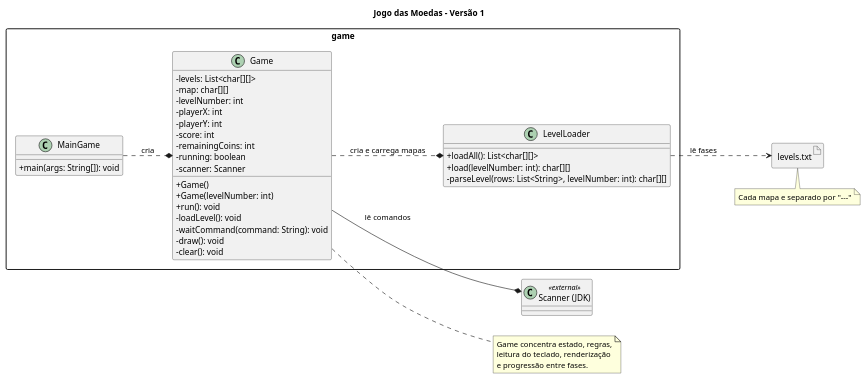
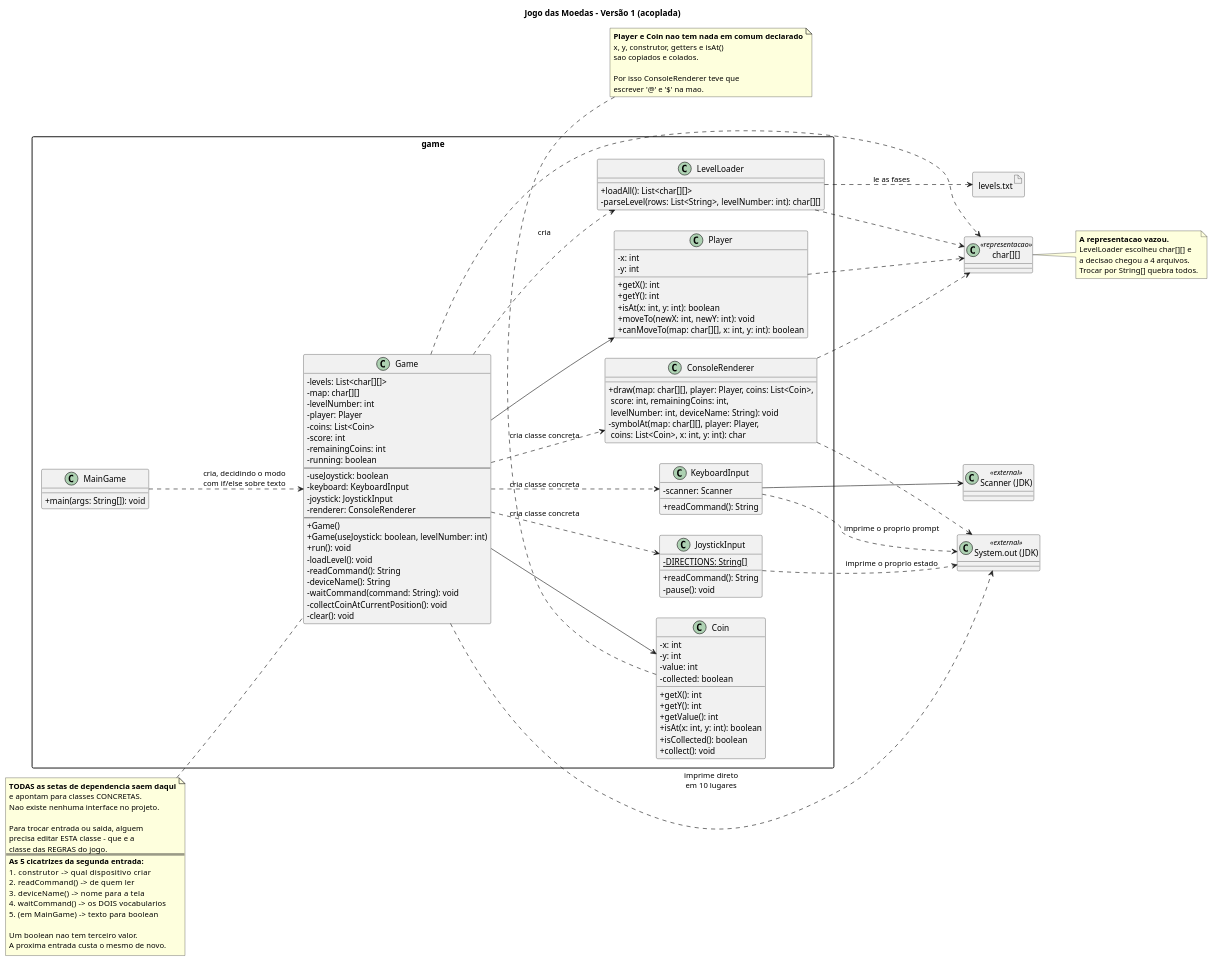
One commit to mateus-oliveira/jogo-das-moedas changed the diagram in jogo-das-moedas-v1/uml.puml. Above: the diagram before and after it, drawn with PlantUML. The commit also changed 13 other files, not shown here.

```diff
--- a/jogo-das-moedas-v1/uml.puml
+++ b/jogo-das-moedas-v1/uml.puml
@@ -1,58 +1,148 @@
 @startuml
 
 allowmixing
- title Jogo das Moedas - Versão 1
- left to right direction
- skinparam classAttributeIconSize 0
- skinparam packageStyle rectangle
+title Jogo das Moedas - Versão 1 (acoplada)
+left to right direction
+skinparam classAttributeIconSize 0
+skinparam packageStyle rectangle
 
- package "game" {
-   class MainGame {
-     +main(args: String[]): void
-   }
+package "game" {
 
-   class Game {
-     -levels: List<char[][]>
-     -map: char[][]
-     -levelNumber: int
-     -playerX: int
-     -playerY: int
-     -score: int
-     -remainingCoins: int
-     -running: boolean
-     -scanner: Scanner
-     +Game()
-     +Game(levelNumber: int)
-     +run(): void
-     -loadLevel(): void
-     -waitCommand(command: String): void
-     -draw(): void
-     -clear(): void
-   }
+  class MainGame {
+    +main(args: String[]): void
+  }
 
-   class LevelLoader {
-     +loadAll(): List<char[][]>
-     +load(levelNumber: int): char[][]
-     -parseLevel(rows: List<String>, levelNumber: int): char[][]
-   }
- }
+  class Game {
+    -levels: List<char[][]>
+    -map: char[][]
+    -levelNumber: int
+    -player: Player
+    -coins: List<Coin>
+    -score: int
+    -remainingCoins: int
+    -running: boolean
+    --
+    -useJoystick: boolean
+    -keyboard: KeyboardInput
+    -joystick: JoystickInput
+    -renderer: ConsoleRenderer
+    --
+    +Game()
+    +Game(useJoystick: boolean, levelNumber: int)
+    +run(): void
+    -loadLevel(): void
+    -readCommand(): String
+    -deviceName(): String
+    -waitCommand(command: String): void
+    -collectCoinAtCurrentPosition(): void
+    -clear(): void
+  }
 
- artifact "levels.txt" as LevelsFile
- class "Scanner (JDK)" as Scanner <<external>>
+  class Player {
+    -x: int
+    -y: int
+    +getX(): int
+    +getY(): int
+    +isAt(x: int, y: int): boolean
+    +moveTo(newX: int, newY: int): void
+    +canMoveTo(map: char[][], x: int, y: int): boolean
+  }
 
- MainGame ..* Game : cria
- Game ..* LevelLoader : cria e carrega mapas
- Game --* Scanner : lê comandos
- LevelLoader ..> LevelsFile : lê fases
+  class Coin {
+    -x: int
+    -y: int
+    -value: int
+    -collected: boolean
+    +getX(): int
+    +getY(): int
+    +getValue(): int
+    +isAt(x: int, y: int): boolean
+    +isCollected(): boolean
+    +collect(): void
+  }
 
- note right of Game
-   Game concentra estado, regras,
-   leitura do teclado, renderização
-   e progressão entre fases.
- end note
+  class KeyboardInput {
+    -scanner: Scanner
+    +readCommand(): String
+  }
 
- note bottom of LevelsFile
-   Cada mapa e separado por "---"
- end note
+  class JoystickInput {
+    -{static} DIRECTIONS: String[]
+    +readCommand(): String
+    -pause(): void
+  }
+
+  class ConsoleRenderer {
+    +draw(map: char[][], player: Player, coins: List<Coin>,\n score: int, remainingCoins: int,\n levelNumber: int, deviceName: String): void
+    -symbolAt(map: char[][], player: Player,\n coins: List<Coin>, x: int, y: int): char
+  }
+
+  class LevelLoader {
+    +loadAll(): List<char[][]>
+    -parseLevel(rows: List<String>, levelNumber: int): char[][]
+  }
+}
+
+artifact "levels.txt" as LevelsFile
+class "Scanner (JDK)" as Scanner <<external>>
+class "System.out (JDK)" as SystemOut <<external>>
+class "char[][]" as MapRep <<representacao>>
+
+MainGame ..> Game : cria, decidindo o modo\ncom if/else sobre texto
+
+Game ..> LevelLoader : cria
+Game ..> KeyboardInput : cria classe concreta
+Game ..> JoystickInput : cria classe concreta
+Game ..> ConsoleRenderer : cria classe concreta
+Game --> Player
+Game --> Coin
+Game ..> SystemOut : imprime direto\nem 10 lugares
+
+Player ..> MapRep
+ConsoleRenderer ..> MapRep
+Game ..> MapRep
+LevelLoader ..> MapRep
+
+KeyboardInput --> Scanner
+KeyboardInput ..> SystemOut : imprime o proprio prompt
+JoystickInput ..> SystemOut : imprime o proprio estado
+ConsoleRenderer ..> SystemOut
+LevelLoader ..> LevelsFile : le as fases
+
+note left of Game
+  **TODAS as setas de dependencia saem daqui**
+  e apontam para classes CONCRETAS.
+  Nao existe nenhuma interface no projeto.
+
+  Para trocar entrada ou saida, alguem
+  precisa editar ESTA classe - que e a
+  classe das REGRAS do jogo.
+  ====
+  **As 5 cicatrizes da segunda entrada:**
+  1. construtor      -> qual dispositivo criar
+  2. readCommand()   -> de quem ler
+  3. deviceName()    -> nome para a tela
+  4. waitCommand()   -> os DOIS vocabularios
+  5. (em MainGame)   -> texto para boolean
+
+  Um boolean nao tem terceiro valor.
+  A proxima entrada custa o mesmo de novo.
+end note
+
+note right of MapRep
+  **A representacao vazou.**
+  LevelLoader escolheu char[][] e
+  a decisao chegou a 4 arquivos.
+  Trocar por String[] quebra todos.
+end note
+
+note bottom of Coin
+  **Player e Coin nao tem nada em comum declarado**
+  x, y, construtor, getters e isAt()
+  sao copiados e colados.
+
+  Por isso ConsoleRenderer teve que
+  escrever '@' e '$' na mao.
+end note
 
 @enduml
```
